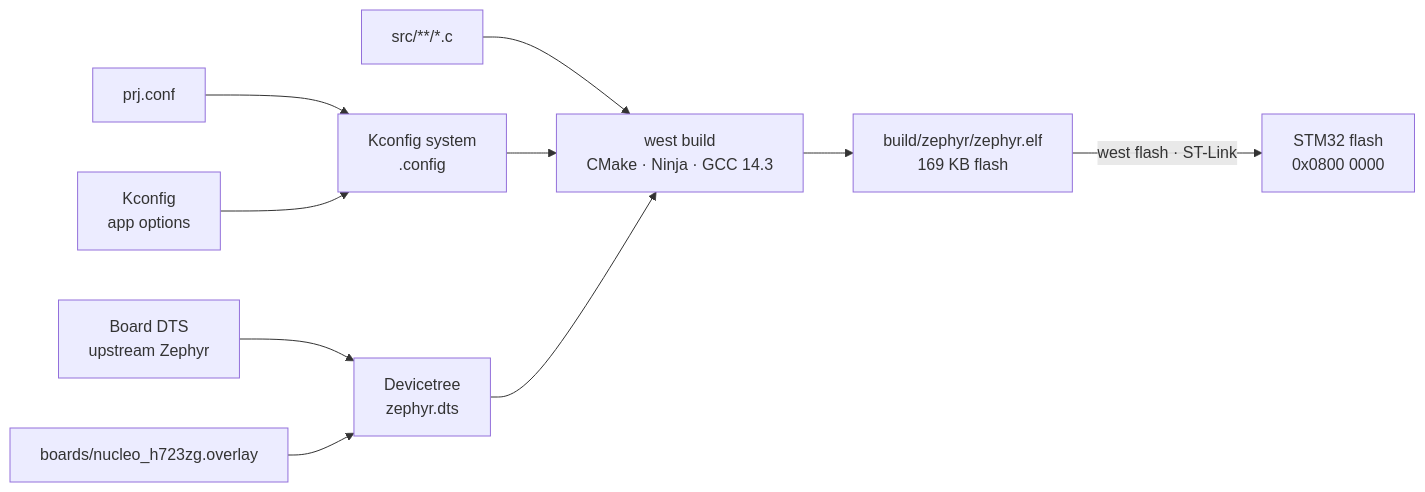
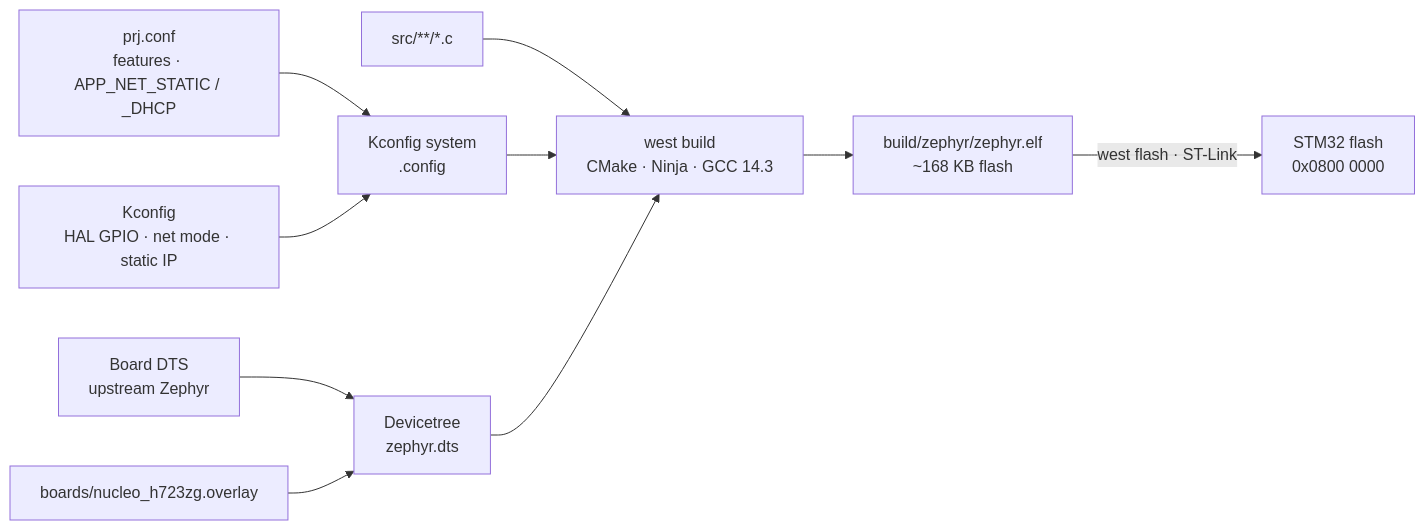
Before and after one commit to kgsinh/eco-connect-gateway: the third of 3 diagrams in docs/architecture.md, drawn with Mermaid. The commit also changed other lines of this file and 6 other files, not shown here.

First line of the commit message:
Network: static IPv4 or DHCPv4 selected by Kconfig choice

````diff
--- a/docs/architecture.md
+++ b/docs/architecture.md
@@ -80,12 +97,12 @@
 ```mermaid
 flowchart LR
-    PRJ["prj.conf"] --> KC["Kconfig system<br/>.config"]
-    KCFG["Kconfig<br/>app options"] --> KC
+    PRJ["prj.conf<br/>features · APP_NET_STATIC / _DHCP"] --> KC["Kconfig system<br/>.config"]
+    KCFG["Kconfig<br/>HAL GPIO · net mode · static IP"] --> KC
     BDTS["Board DTS<br/>upstream Zephyr"] --> DT["Devicetree<br/>zephyr.dts"]
     OVL["boards/nucleo_h723zg.overlay"] --> DT
     SRCS["src/**/*.c"] --> WEST["west build<br/>CMake · Ninja · GCC 14.3"]
     KC --> WEST
     DT --> WEST
-    WEST --> ELF["build/zephyr/zephyr.elf<br/>169 KB flash"]
+    WEST --> ELF["build/zephyr/zephyr.elf<br/>~168 KB flash"]
     ELF -->|"west flash · ST-Link"| BOARD["STM32 flash<br/>0x0800 0000"]
 ```
````
